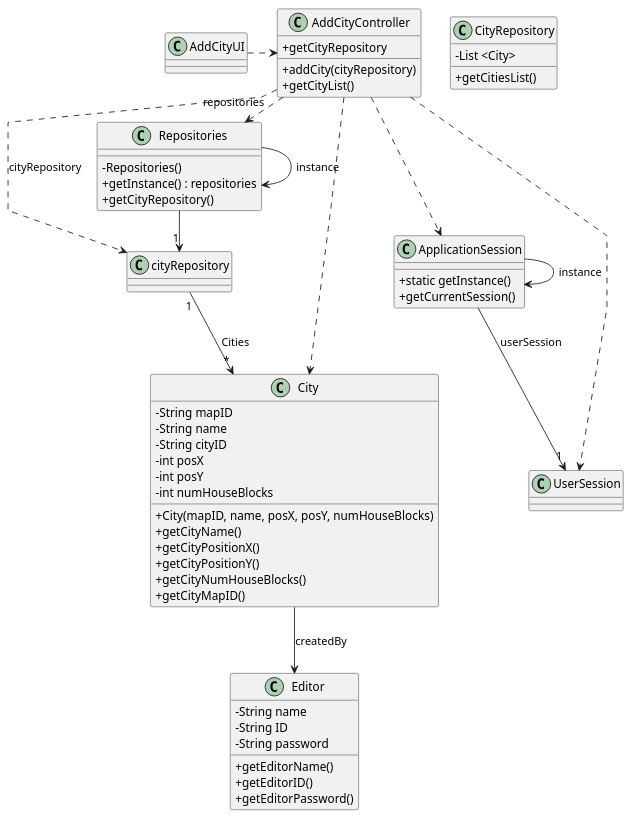
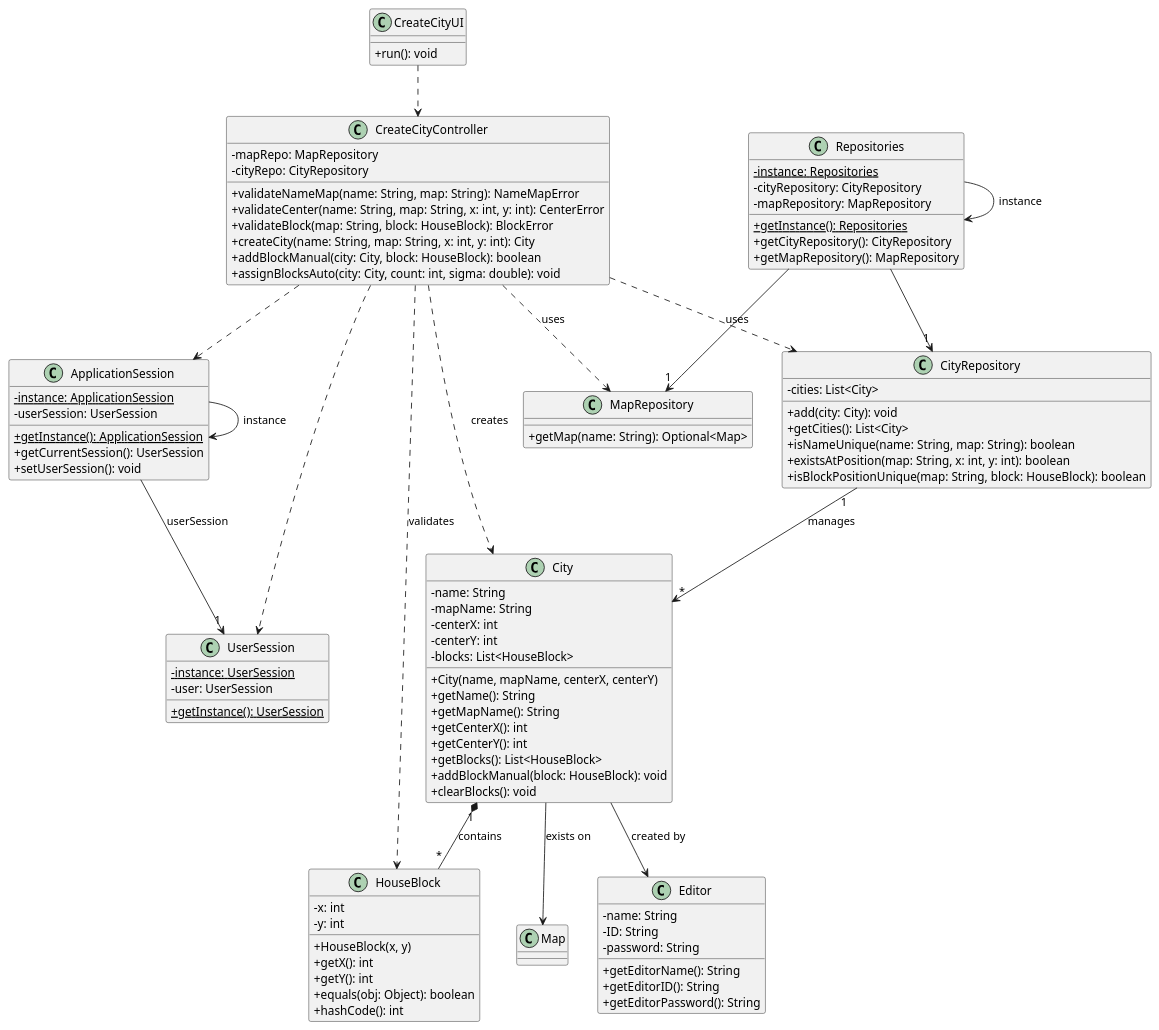
Before and after one commit to ivasduarte/all-aboard: the diagram in docs/sprint2/us003/03.design/puml/us003-class-diagram.puml, drawn with PlantUML. The commit also changed 7 other files, not shown here.

Commit message:
US003/009(docs): updated class diagrams and sequence diagrams according to the code

```diff
--- a/docs/sprint2/us003/03.design/puml/us003-class-diagram.puml
+++ b/docs/sprint2/us003/03.design/puml/us003-class-diagram.puml
@@ -1,90 +1,113 @@
 @startuml
-'skinparam monochrome true
-skinparam packageStyle rectangle
-skinparam shadowing false
-skinparam linetype polyline
-'skinparam linetype orto
-
 skinparam classAttributeIconSize 0
 
-'left to right direction
-
-class ApplicationSession{
-    + static getInstance()
-    + getCurrentSession()
+class ApplicationSession {
+    -instance: ApplicationSession{static}
+    -userSession: UserSession
+    +getInstance(): ApplicationSession{static}
+    +getCurrentSession(): UserSession
+    +setUserSession(): void
 }
 
-class UserSession{
+class UserSession {
+    -instance: UserSession{static}
+    -user: UserSession
+    +getInstance(): UserSession{static}
 }
 
 class Editor {
-    - String name
-    - String ID
-    - String password
-    + getEditorName()
-    + getEditorID()
-    + getEditorPassword()
+    -name: String
+    -ID: String
+    -password: String
+    +getEditorName(): String
+    +getEditorID(): String
+    +getEditorPassword(): String
 }
 
 class City {
-    - String mapID
-    - String name
-    - String cityID
-    - int posX
-    - int posY
-    - int numHouseBlocks
-    + City(mapID, name, posX, posY, numHouseBlocks)
-    + getCityName()
-    + getCityPositionX()
-    + getCityPositionY()
-    + getCityNumHouseBlocks()
-    + getCityMapID()
+    -name: String
+    -mapName: String
+    -centerX: int
+    -centerY: int
+    -blocks: List<HouseBlock>
+    +City(name, mapName, centerX, centerY)
+    +getName(): String
+    +getMapName(): String
+    +getCenterX(): int
+    +getCenterY(): int
+    +getBlocks(): List<HouseBlock>
+    +addBlockManual(block: HouseBlock): void
+    +clearBlocks(): void
 }
 
-
+class HouseBlock {
+    -x: int
+    -y: int
+    +HouseBlock(x, y)
+    +getX(): int
+    +getY(): int
+    +equals(obj: Object): boolean
+    +hashCode(): int
+}
 
 class CityRepository {
-    - List <City>
-    + getCitiesList()
+    -cities: List<City>
+    +add(city: City): void
+    +getCities(): List<City>
+    +isNameUnique(name: String, map: String): boolean
+    +existsAtPosition(map: String, x: int, y: int): boolean
+    +isBlockPositionUnique(map: String, block: HouseBlock): boolean
 }
 
+class MapRepository {
+    +getMap(name: String): Optional<Map>
+}
 
 class Repositories {
-    - Repositories()
-    + getInstance() : repositories
-    + getCityRepository()
-
+    -instance: Repositories{static}
+    -cityRepository: CityRepository
+    -mapRepository: MapRepository
+    +getInstance(): Repositories{static}
+    +getCityRepository(): CityRepository
+    +getMapRepository(): MapRepository
 }
 
-class AddCityController{
-    + addCity(cityRepository)
-    + getCityList()
-    + getCityRepository
+class CreateCityController {
+    -mapRepo: MapRepository
+    -cityRepo: CityRepository
+    +validateNameMap(name: String, map: String): NameMapError
+    +validateCenter(name: String, map: String, x: int, y: int): CenterError
+    +validateBlock(map: String, block: HouseBlock): BlockError
+    +createCity(name: String, map: String, x: int, y: int): City
+    +addBlockManual(city: City, block: HouseBlock): boolean
+    +assignBlocksAuto(city: City, count: int, sigma: double): void
 }
 
-class AddCityUI {
+class CreateCityUI {
+    +run(): void
 }
 
 Repositories -> Repositories : instance
 ApplicationSession -> ApplicationSession : instance
 
-AddCityUI .> AddCityController
+CreateCityUI ..> CreateCityController
+CreateCityController ..> City : creates
+CreateCityController ..> HouseBlock : validates
+CreateCityController ..> CityRepository : uses
+CreateCityController ..> MapRepository : uses
 
-AddCityController .> Repositories : repositories
-
-Repositories -> "1" cityRepository
-AddCityController ..> City
-AddCityController ..> cityRepository : cityRepository
-
+Repositories --> "1" CityRepository
+Repositories --> "1" MapRepository
 
 ApplicationSession --> "1" UserSession : userSession
 
-AddCityController ..> ApplicationSession
-AddCityController ..> UserSession
+CreateCityController ..> ApplicationSession
+CreateCityController ..> UserSession
 
-cityRepository "1" --> "*" City : Cities
+City "1" *-- "*" HouseBlock : contains
+CityRepository "1" --> "*" City : manages
 
-City--> Editor : createdBy
-
+City --> Map : exists on
+City --> Editor: created by
 
 @enduml
```
